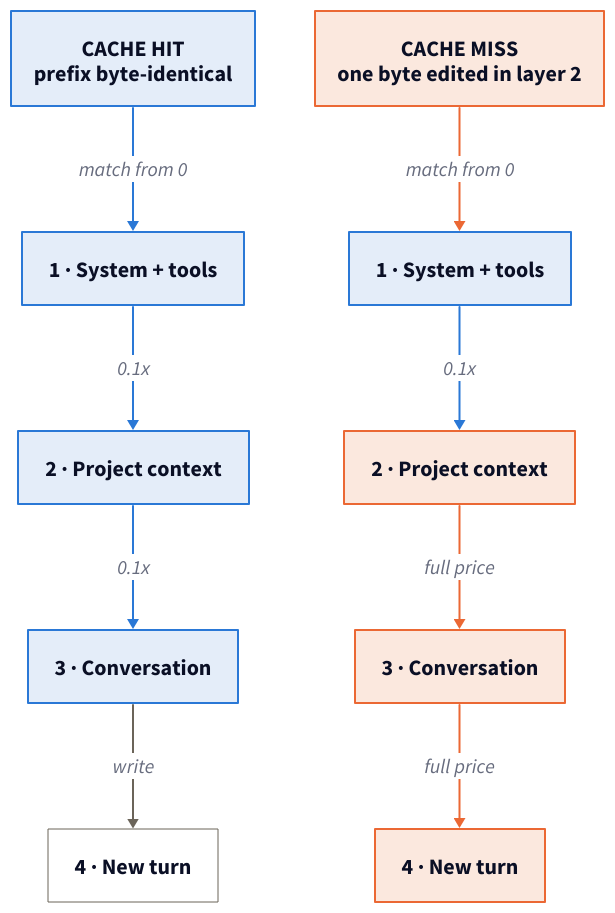
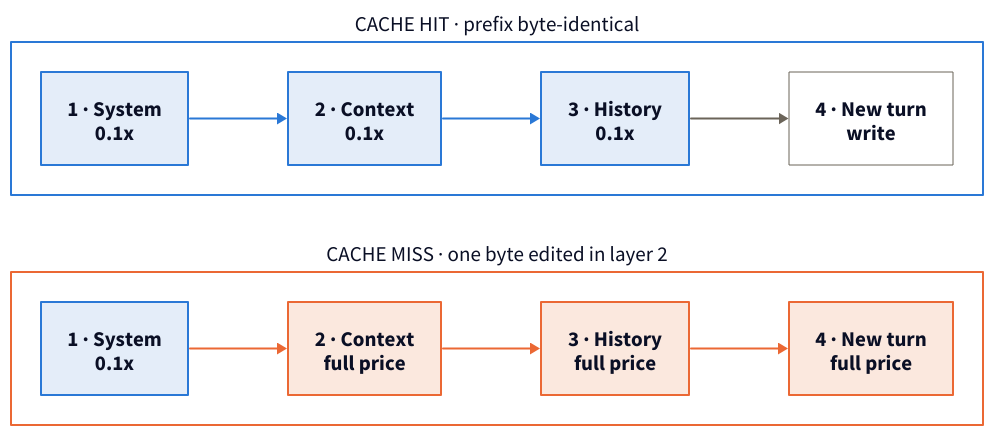
One commit to ong6/junxiong-notes changed the diagram in content/articles/prompt-caching-across-harnesses.md. Above: the diagram before and after it, drawn with D2. The commit also changed 42 other files, not shown here.

First line of the commit message:
Size figures properly: break out of the text column, fix diagram proportions

````diff
--- a/content/articles/prompt-caching-across-harnesses.md
+++ b/content/articles/prompt-caching-across-harnesses.md
@@ -19,45 +19,25 @@
 ```d2 The API matches from token 0. An exact prefix hit is read at 0.1x; an edit anywhere forces everything below it to be recomputed at full price.
-direction: down
+direction: right
 
-hit: CACHE HIT\nprefix byte-identical {
-  style: { fill: "#e4edf9"; stroke: "#2a78d6"; stroke-width: 2; font-size: 22 }
-}
-h1: 1 · System + tools {
-  style: { fill: "#e4edf9"; stroke: "#2a78d6"; stroke-width: 2; font-size: 22 }
-}
-h2: 2 · Project context {
-  style: { fill: "#e4edf9"; stroke: "#2a78d6"; stroke-width: 2; font-size: 22 }
-}
-h3: 3 · Conversation {
-  style: { fill: "#e4edf9"; stroke: "#2a78d6"; stroke-width: 2; font-size: 22 }
-}
-h4: 4 · New turn {
-  style: { stroke: "#6b6459"; fill: transparent; stroke-width: 1; font-size: 22 }
+hit: CACHE HIT · prefix byte-identical {
+  style: { fill: transparent; stroke: "#2a78d6"; stroke-width: 2; font-size: 21 }
+  h1: 1 · System\n0.1x { style: { fill: "#e4edf9"; stroke: "#2a78d6"; stroke-width: 2; font-size: 21 } }
+  h2: 2 · Context\n0.1x { style: { fill: "#e4edf9"; stroke: "#2a78d6"; stroke-width: 2; font-size: 21 } }
+  h3: 3 · History\n0.1x { style: { fill: "#e4edf9"; stroke: "#2a78d6"; stroke-width: 2; font-size: 21 } }
+  h4: 4 · New turn\nwrite { style: { stroke: "#6b6459"; fill: transparent; stroke-width: 1; font-size: 21 } }
+  h1 -> h2 { style: { stroke: "#2a78d6"; stroke-width: 2; font-size: 19 } }
+  h2 -> h3 { style: { stroke: "#2a78d6"; stroke-width: 2; font-size: 19 } }
+  h3 -> h4 { style: { stroke: "#6b6459"; font-size: 19 } }
 }
 
-miss: CACHE MISS\none byte edited in layer 2 {
-  style: { fill: "#fbe8de"; stroke: "#eb6834"; stroke-width: 2; font-size: 22 }
+miss: CACHE MISS · one byte edited in layer 2 {
+  style: { fill: transparent; stroke: "#eb6834"; stroke-width: 2; font-size: 21 }
+  m1: 1 · System\n0.1x { style: { fill: "#e4edf9"; stroke: "#2a78d6"; stroke-width: 2; font-size: 21 } }
+  m2: 2 · Context\nfull price { style: { fill: "#fbe8de"; stroke: "#eb6834"; stroke-width: 2; font-size: 21 } }
+  m3: 3 · History\nfull price { style: { fill: "#fbe8de"; stroke: "#eb6834"; stroke-width: 2; font-size: 21 } }
+  m4: 4 · New turn\nfull price { style: { fill: "#fbe8de"; stroke: "#eb6834"; stroke-width: 2; font-size: 21 } }
+  m1 -> m2 { style: { stroke: "#eb6834"; stroke-width: 2; font-size: 19 } }
+  m2 -> m3 { style: { stroke: "#eb6834"; stroke-width: 2; font-size: 19 } }
+  m3 -> m4 { style: { stroke: "#eb6834"; stroke-width: 2; font-size: 19 } }
 }
-m1: 1 · System + tools {
-  style: { fill: "#e4edf9"; stroke: "#2a78d6"; stroke-width: 2; font-size: 22 }
-}
-m2: 2 · Project context {
-  style: { fill: "#fbe8de"; stroke: "#eb6834"; stroke-width: 2; font-size: 22 }
-}
-m3: 3 · Conversation {
-  style: { fill: "#fbe8de"; stroke: "#eb6834"; stroke-width: 2; font-size: 22 }
-}
-m4: 4 · New turn {
-  style: { fill: "#fbe8de"; stroke: "#eb6834"; stroke-width: 2; font-size: 22 }
-}
-
-hit -> h1: match from 0 { style: { stroke: "#2a78d6"; stroke-width: 2; font-size: 20 } }
-h1 -> h2: 0.1x { style: { stroke: "#2a78d6"; stroke-width: 2; font-size: 20 } }
-h2 -> h3: 0.1x { style: { stroke: "#2a78d6"; stroke-width: 2; font-size: 20 } }
-h3 -> h4: write { style: { stroke: "#6b6459"; font-size: 20 } }
-
-miss -> m1: match from 0 { style: { stroke: "#eb6834"; stroke-width: 2; font-size: 20 } }
-m1 -> m2: 0.1x { style: { stroke: "#2a78d6"; stroke-width: 2; font-size: 20 } }
-m2 -> m3: full price { style: { stroke: "#eb6834"; stroke-width: 2; font-size: 20 } }
-m3 -> m4: full price { style: { stroke: "#eb6834"; stroke-width: 2; font-size: 20 } }
 ```
````
